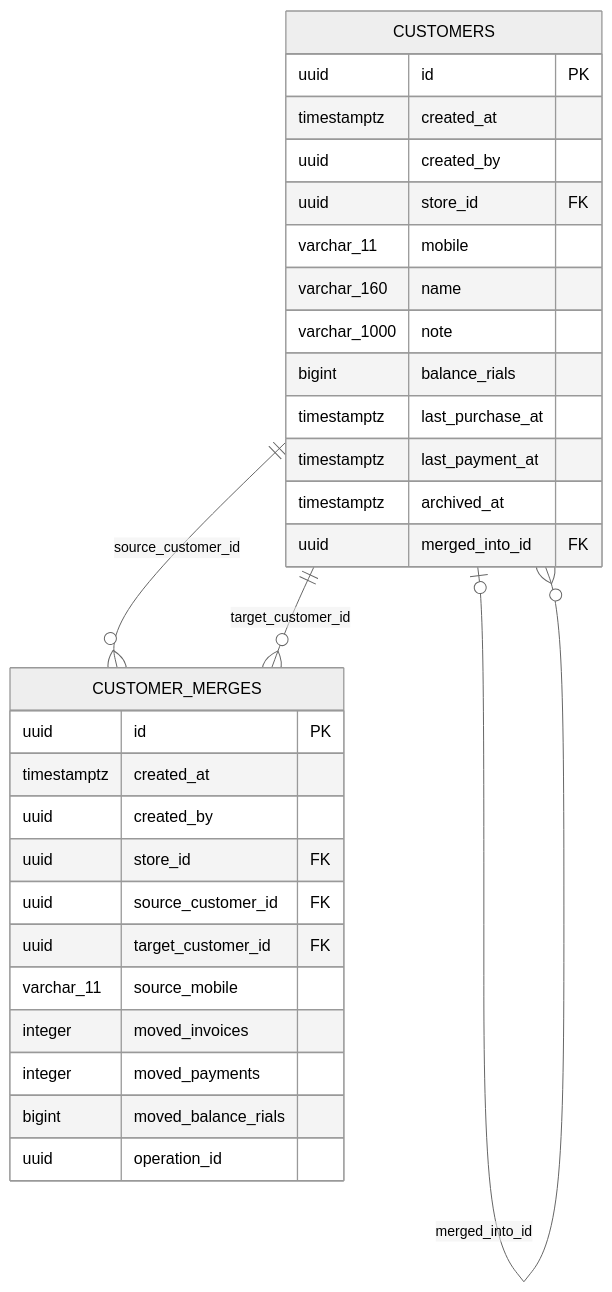
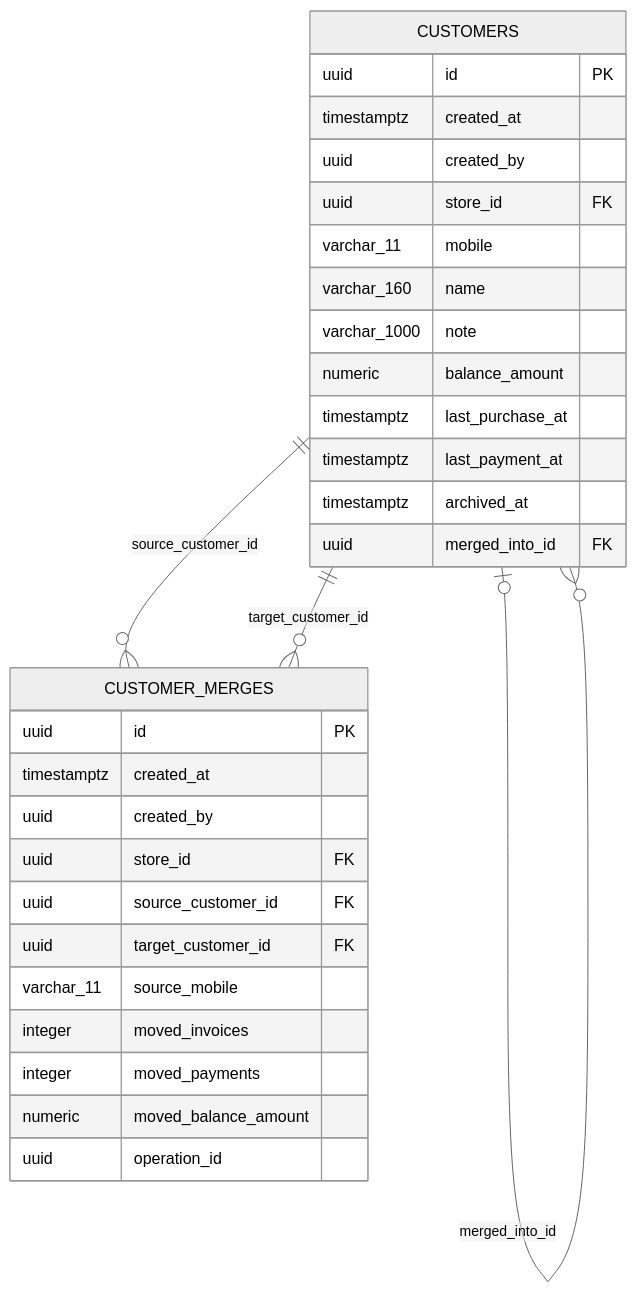
The sixth of 13 diagrams in docs/reference/backend/database.md (arefzamani9971/2kni-front-end), drawn with Mermaid (neutral theme) before and after one commit. The commit also changed other lines of this file and 44 other files, not shown here.

````diff
--- a/docs/reference/backend/database.md
+++ b/docs/reference/backend/database.md
@@ -1420,33 +1420,33 @@
 ```mermaid
 erDiagram
     CUSTOMERS {
         uuid id PK
         timestamptz created_at
         uuid created_by
         uuid store_id FK
         varchar_11 mobile
         varchar_160 name
         varchar_1000 note
-        bigint balance_rials
+        numeric balance_amount
         timestamptz last_purchase_at
         timestamptz last_payment_at
         timestamptz archived_at
         uuid merged_into_id FK
     }
     CUSTOMER_MERGES {
         uuid id PK
         timestamptz created_at
         uuid created_by
         uuid store_id FK
         uuid source_customer_id FK
         uuid target_customer_id FK
         varchar_11 source_mobile
         integer moved_invoices
         integer moved_payments
-        bigint moved_balance_rials
+        numeric moved_balance_amount
         uuid operation_id
     }
     CUSTOMERS |o--o{ CUSTOMERS : "merged_into_id"
     CUSTOMERS ||--o{ CUSTOMER_MERGES : "source_customer_id"
     CUSTOMERS ||--o{ CUSTOMER_MERGES : "target_customer_id"
 ```
````
